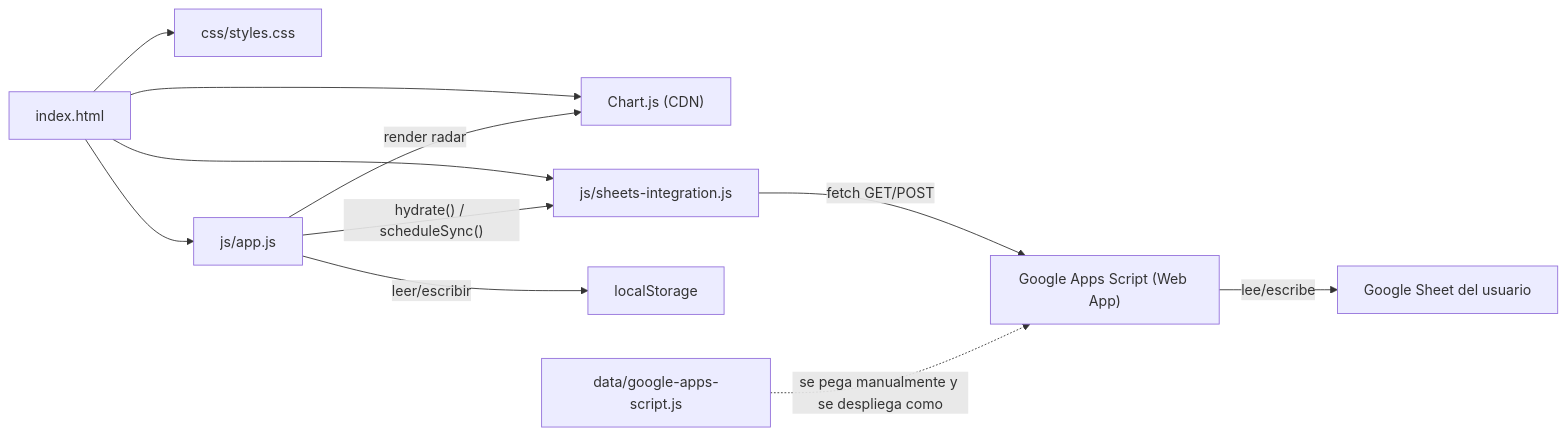
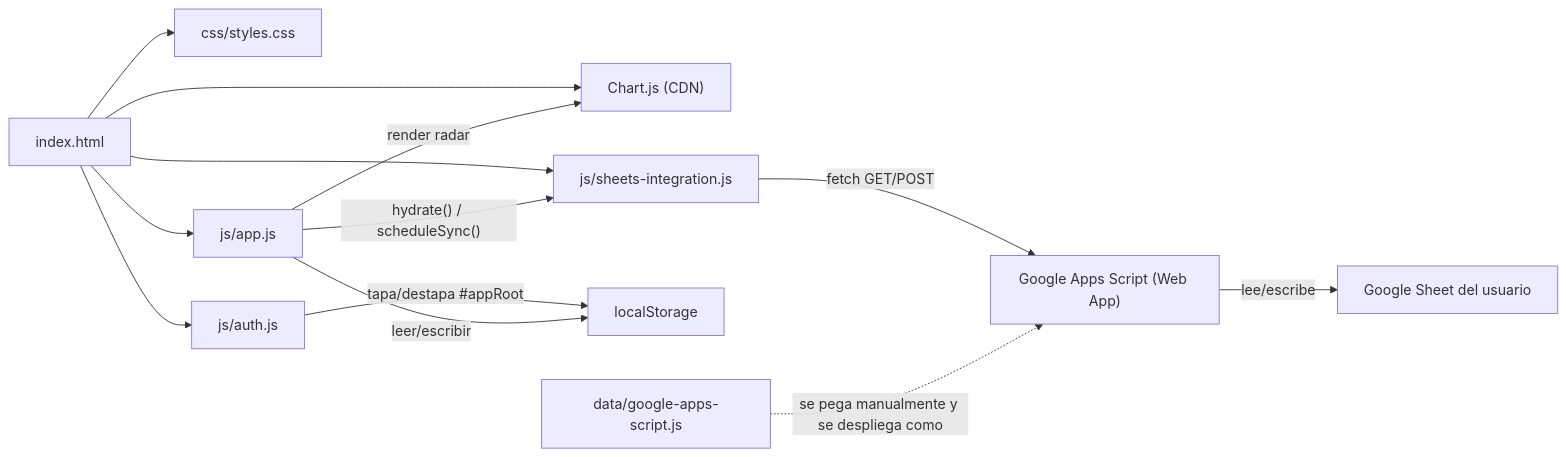
One commit to Lechuza22/DtCommander changed the diagram in codemap/ARCHITECTURE.md. Above: the diagram before and after it, drawn with Mermaid. The commit also changed other lines of this file, not shown here.

Commit message:
Actualizar codemap/ARCHITECTURE.md

````diff
--- a/codemap/ARCHITECTURE.md
+++ b/codemap/ARCHITECTURE.md
@@ -13,16 +13,19 @@
 ```mermaid
 graph LR
     HTML["index.html"] --> CSS["css/styles.css"]
+    HTML --> AuthJS["js/auth.js"]
     HTML --> ChartJS["Chart.js (CDN)"]
     HTML --> SheetsJS["js/sheets-integration.js"]
     HTML --> AppJS["js/app.js"]
+
+    AuthJS -->|"tapa/destapa #appRoot"| LocalStorage["localStorage"]
 
     AppJS -->|"render radar"| ChartJS
     AppJS -->|"leer/escribir"| LocalStorage["localStorage"]
     AppJS -->|"hydrate() / scheduleSync()"| SheetsJS
 
     SheetsJS -->|"fetch GET/POST"| WebApp["Google Apps Script (Web App)"]
     WebApp -->|"lee/escribe"| Sheet["Google Sheet del usuario"]
 
     GAS["data/google-apps-script.js"] -.->|"se pega manualmente y se despliega como"| WebApp
 ```
````
